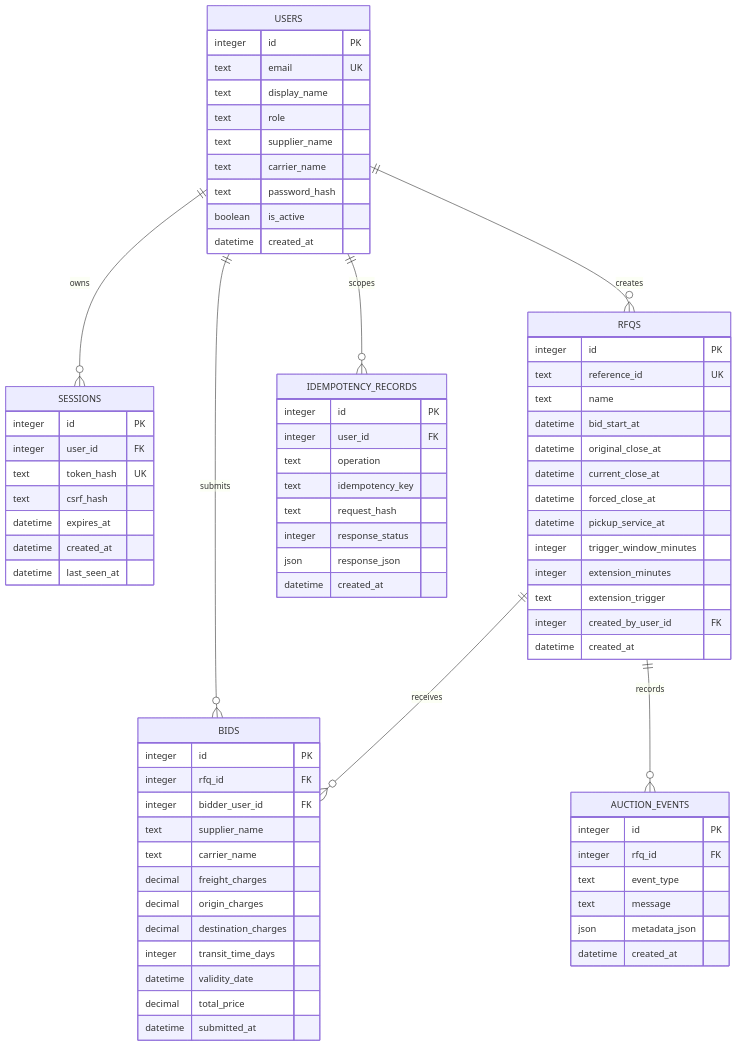
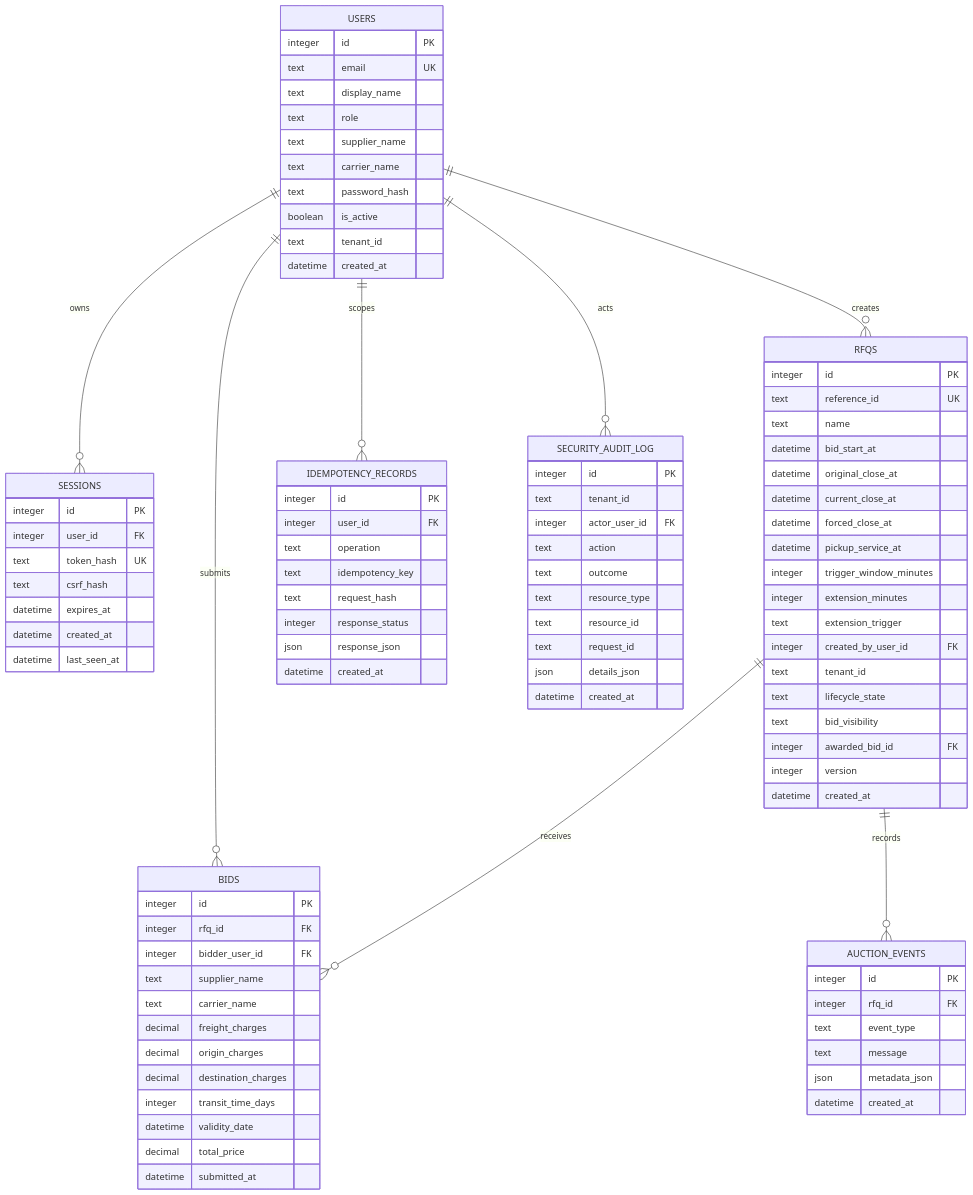
Before and after one commit to Autistic-coder/go-comet: the diagram in docs/schema.md, drawn with Mermaid. The commit also changed other lines of this file and 17 other files, not shown here.

````diff
--- a/docs/schema.md
+++ b/docs/schema.md
@@ -6,6 +6,7 @@
     USERS ||--o{ RFQS : creates
     USERS ||--o{ BIDS : submits
     USERS ||--o{ IDEMPOTENCY_RECORDS : scopes
+    USERS ||--o{ SECURITY_AUDIT_LOG : acts
     RFQS ||--o{ BIDS : receives
     RFQS ||--o{ AUCTION_EVENTS : records
 
@@ -18,6 +19,7 @@
       text carrier_name
       text password_hash
       boolean is_active
+      text tenant_id
       datetime created_at
     }
     SESSIONS {
@@ -42,6 +44,11 @@
       integer extension_minutes
       text extension_trigger
       integer created_by_user_id FK
+      text tenant_id
+      text lifecycle_state
+      text bid_visibility
+      integer awarded_bid_id FK
+      integer version
       datetime created_at
     }
     BIDS {
@@ -76,4 +83,16 @@
       json response_json
       datetime created_at
     }
+    SECURITY_AUDIT_LOG {
+      integer id PK
+      text tenant_id
+      integer actor_user_id FK
+      text action
+      text outcome
+      text resource_type
+      text resource_id
+      text request_id
+      json details_json
+      datetime created_at
+    }
 ```
````
